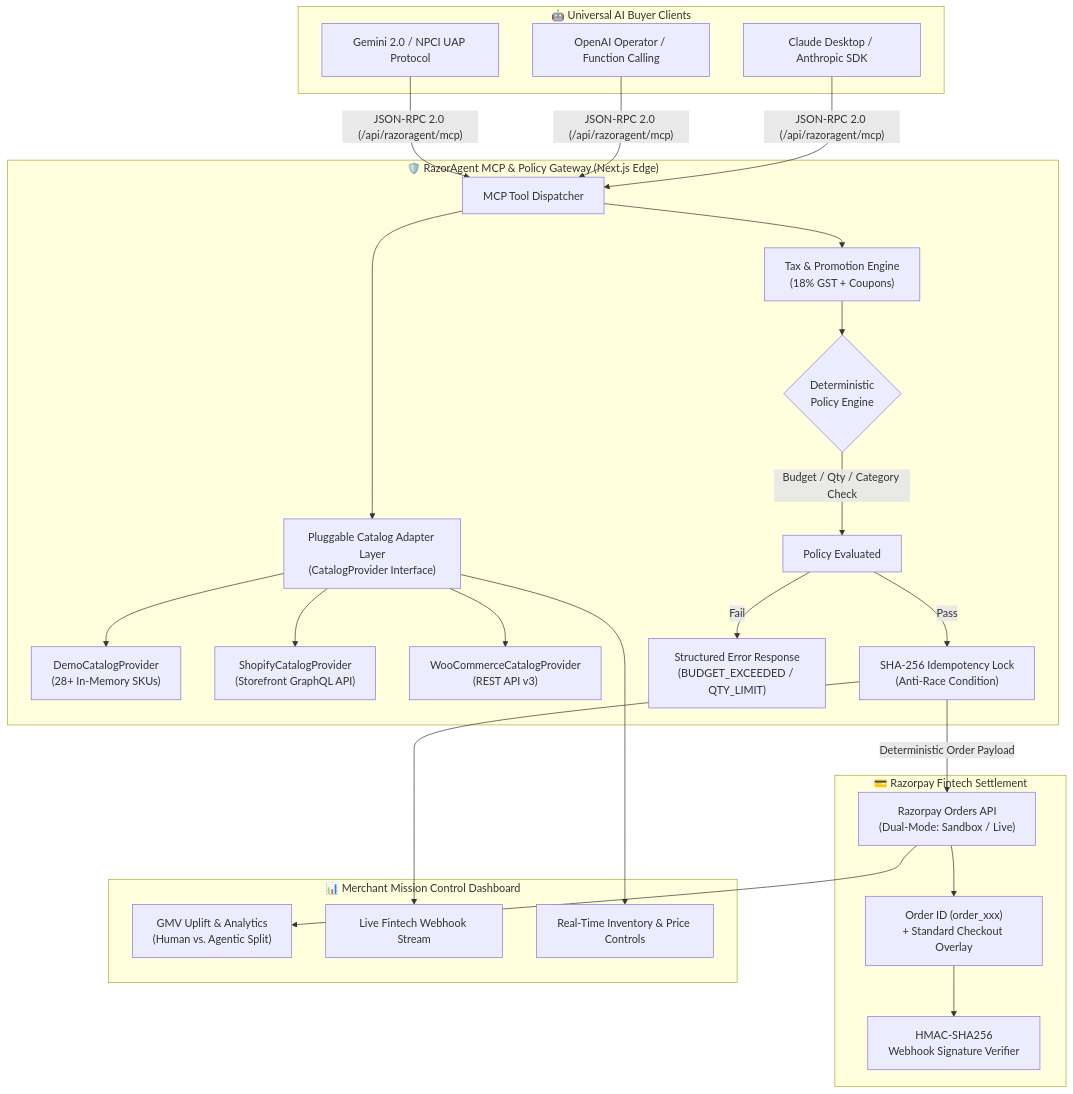
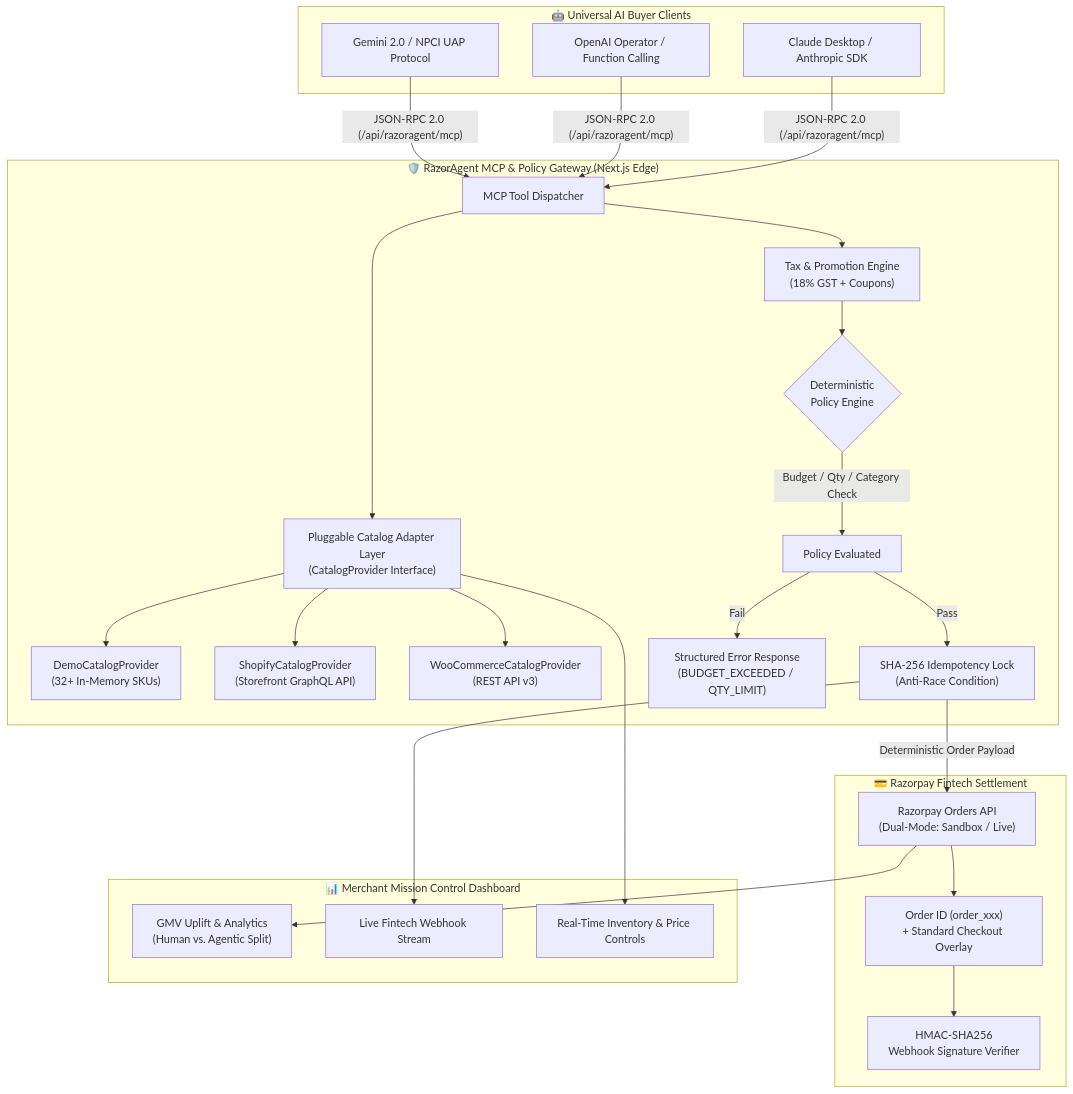
Before and after one commit to Piyush-Thakur7/razoragent: the diagram in README.md, drawn with Mermaid. The commit also changed other lines of this file, not shown here.

Commit message:
docs(readme): sync SKU counts to 32+ and verify all v1.1.2 references

````diff
--- a/README.md
+++ b/README.md
@@ -33,39 +33,39 @@
 ```mermaid
 flowchart TD
     subgraph Client["🤖 Universal AI Buyer Clients"]
         Agent1["Claude Desktop / Anthropic SDK"]
         Agent2["OpenAI Operator / Function Calling"]
         Agent3["Gemini 2.0 / NPCI UAP Protocol"]
     end
 
     subgraph Gateway["🛡️ RazorAgent MCP & Policy Gateway (Next.js Edge)"]
         Agent1 & Agent2 & Agent3 -->|"JSON-RPC 2.0 (/api/razoragent/mcp)"| MCP["MCP Tool Dispatcher"]
         
         MCP --> CatalogAdapter["Pluggable Catalog Adapter Layer\n(CatalogProvider Interface)"]
         
-        CatalogAdapter --> Prov1["DemoCatalogProvider\n(28+ In-Memory SKUs)"]
+        CatalogAdapter --> Prov1["DemoCatalogProvider\n(32+ In-Memory SKUs)"]
         CatalogAdapter --> Prov2["ShopifyCatalogProvider\n(Storefront GraphQL API)"]
         CatalogAdapter --> Prov3["WooCommerceCatalogProvider\n(REST API v3)"]
         
         MCP --> Quoting["Tax & Promotion Engine\n(18% GST + Coupons)"]
         
         Quoting --> Guardrails{"Deterministic\nPolicy Engine"}
         
         Guardrails -->|"Budget / Qty / Category Check"| PolicyPassed["Policy Evaluated"]
         
         PolicyPassed -->|"Pass"| Idempotency["SHA-256 Idempotency Lock\n(Anti-Race Condition)"]
         PolicyPassed -->|"Fail"| Reject["Structured Error Response\n(BUDGET_EXCEEDED / QTY_LIMIT)"]
     end
 
     subgraph Settlement["💳 Razorpay Fintech Settlement"]
         Idempotency -->|"Deterministic Order Payload"| RzpAPI["Razorpay Orders API\n(Dual-Mode: Sandbox / Live)"]
         RzpAPI --> Order["Order ID (order_xxx)\n+ Standard Checkout Overlay"]
         Order --> Webhook["HMAC-SHA256\nWebhook Signature Verifier"]
     end
 
     subgraph Console["📊 Merchant Mission Control Dashboard"]
         RzpAPI --> Analytics["GMV Uplift & Analytics\n(Human vs. Agentic Split)"]
         Idempotency --> AuditTrail["Live Fintech Webhook Stream"]
         CatalogAdapter --> StockManager["Real-Time Inventory & Price Controls"]
     end
 ```
````
